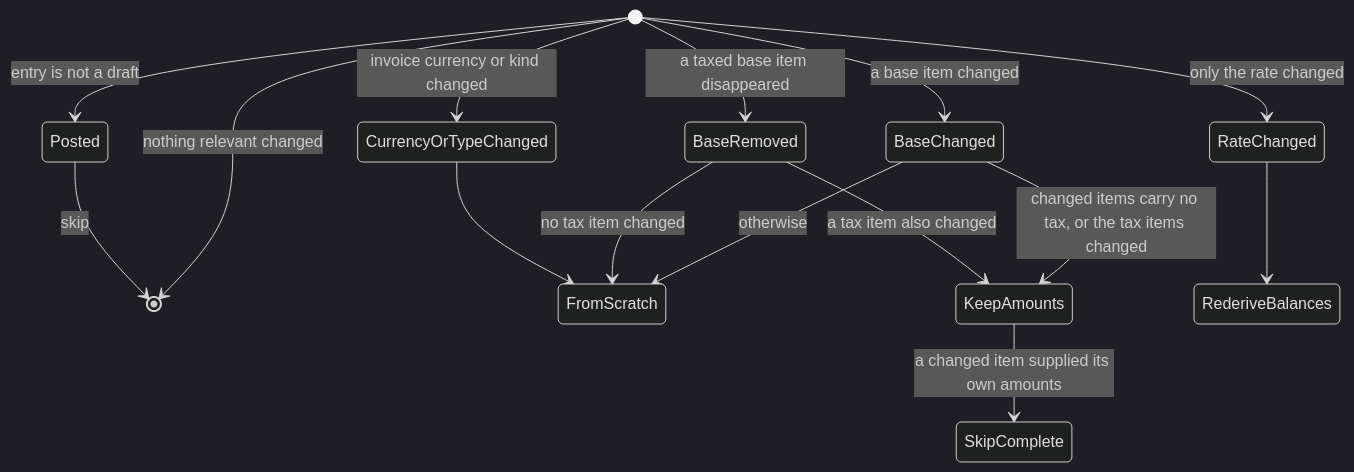
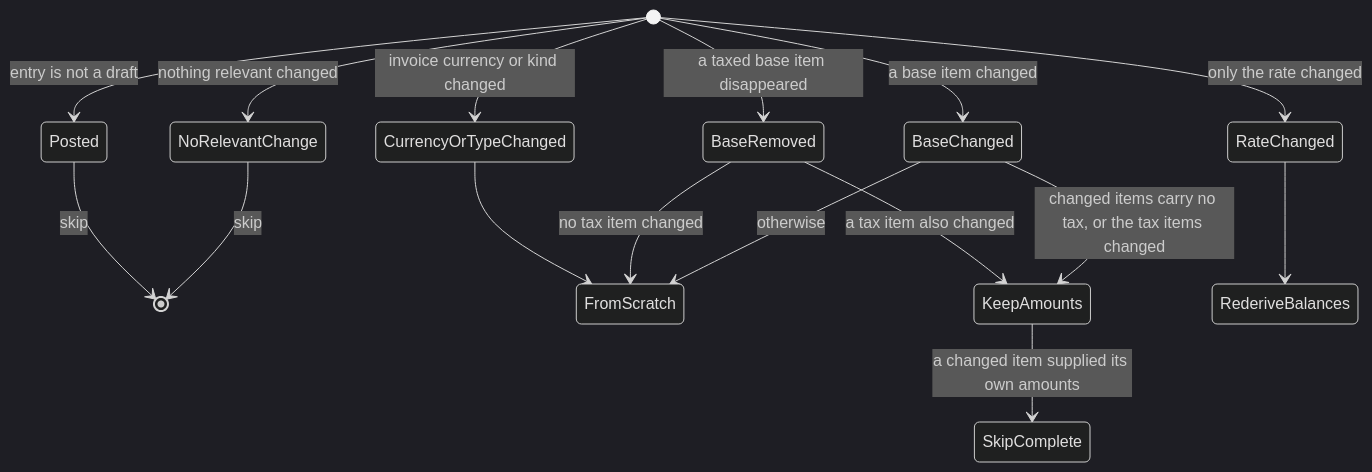
The sixth of 6 diagrams in docs/domains/taxes/state-machines.md (vast-development-method/odoo-doc), drawn with Mermaid (dark theme) before and after one commit. The commit also changed 17 other files, not shown here.

````diff
--- a/docs/domains/taxes/state-machines.md
+++ b/docs/domains/taxes/state-machines.md
@@ -332,17 +332,18 @@
 ```mermaid
 stateDiagram-v2
     [*] --> Posted: entry is not a draft
     Posted --> [*]: skip
     [*] --> CurrencyOrTypeChanged: invoice currency or kind changed
     CurrencyOrTypeChanged --> FromScratch
     [*] --> BaseRemoved: a taxed base item disappeared
     BaseRemoved --> KeepAmounts: a tax item also changed
     BaseRemoved --> FromScratch: no tax item changed
     [*] --> BaseChanged: a base item changed
     BaseChanged --> KeepAmounts: changed items carry no tax, or the tax items changed
     BaseChanged --> FromScratch: otherwise
     KeepAmounts --> SkipComplete: a changed item supplied its own amounts
     [*] --> RateChanged: only the rate changed
     RateChanged --> RederiveBalances
-    [*] --> [*]: nothing relevant changed
+    [*] --> NoRelevantChange: nothing relevant changed
+    NoRelevantChange --> [*]: skip
 ```
````
